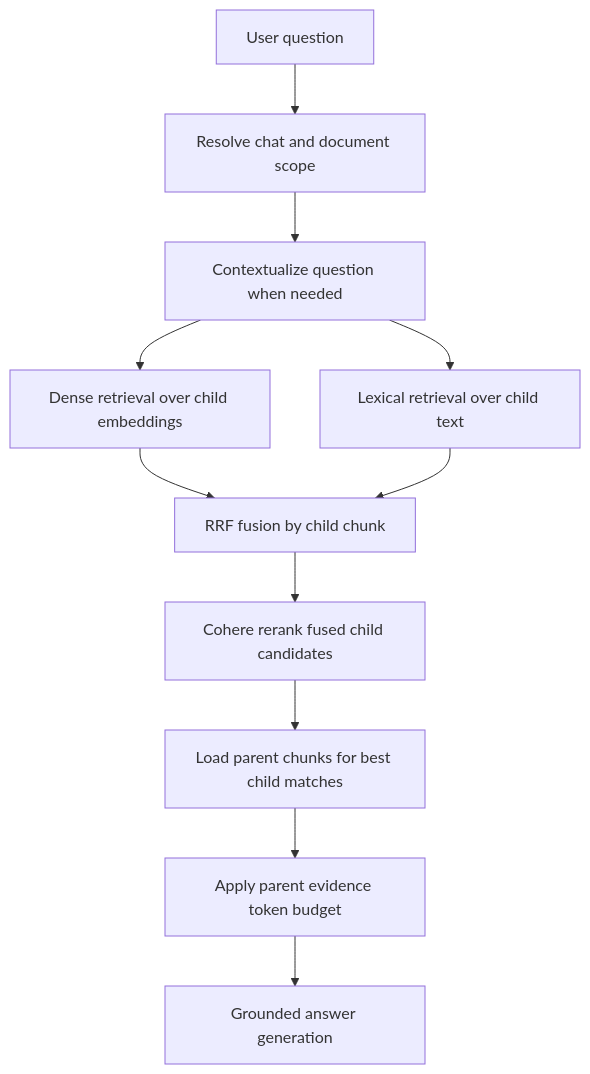
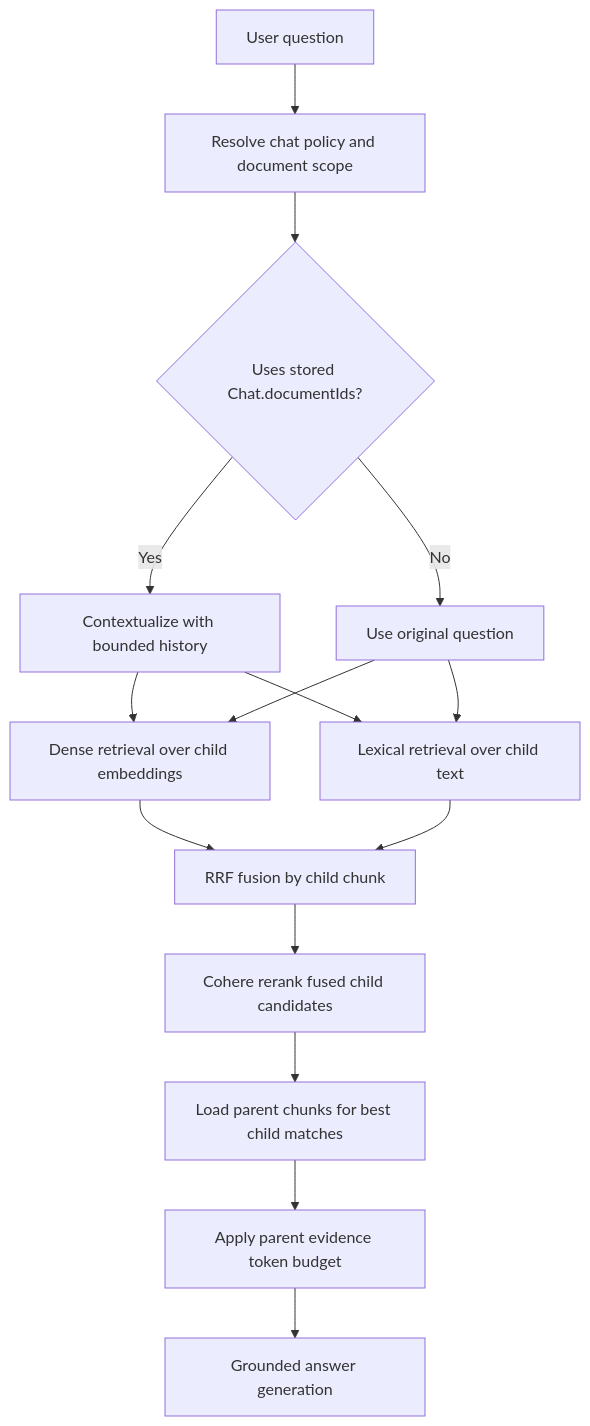
One commit to artsnil01-cmyk/DocChat changed the diagram in docs/architecture/rag/pipeline.md. Above: the diagram before and after it, drawn with Mermaid. The commit also changed other lines of this file and 6 other files, not shown here.

````diff
--- a/docs/architecture/rag/pipeline.md
+++ b/docs/architecture/rag/pipeline.md
@@ -37,13 +47,17 @@
 ```mermaid
 flowchart TD
-  A["User question"] --> B["Resolve chat and document scope"]
-  B --> C["Contextualize question when needed"]
-  C --> D["Dense retrieval over child embeddings"]
-  C --> E["Lexical retrieval over child text"]
+  A["User question"] --> B["Resolve chat policy and document scope"]
+  B --> C{"Uses stored Chat.documentIds?"}
+  C -->|Yes| C1["Contextualize with bounded history"]
+  C -->|No| C2["Use original question"]
+  C1 --> D["Dense retrieval over child embeddings"]
+  C1 --> E["Lexical retrieval over child text"]
+  C2 --> D
+  C2 --> E
   D --> F["RRF fusion by child chunk"]
   E --> F
   F --> G["Cohere rerank fused child candidates"]
   G --> H["Load parent chunks for best child matches"]
   H --> I["Apply parent evidence token budget"]
   I --> J["Grounded answer generation"]
 ```
````
